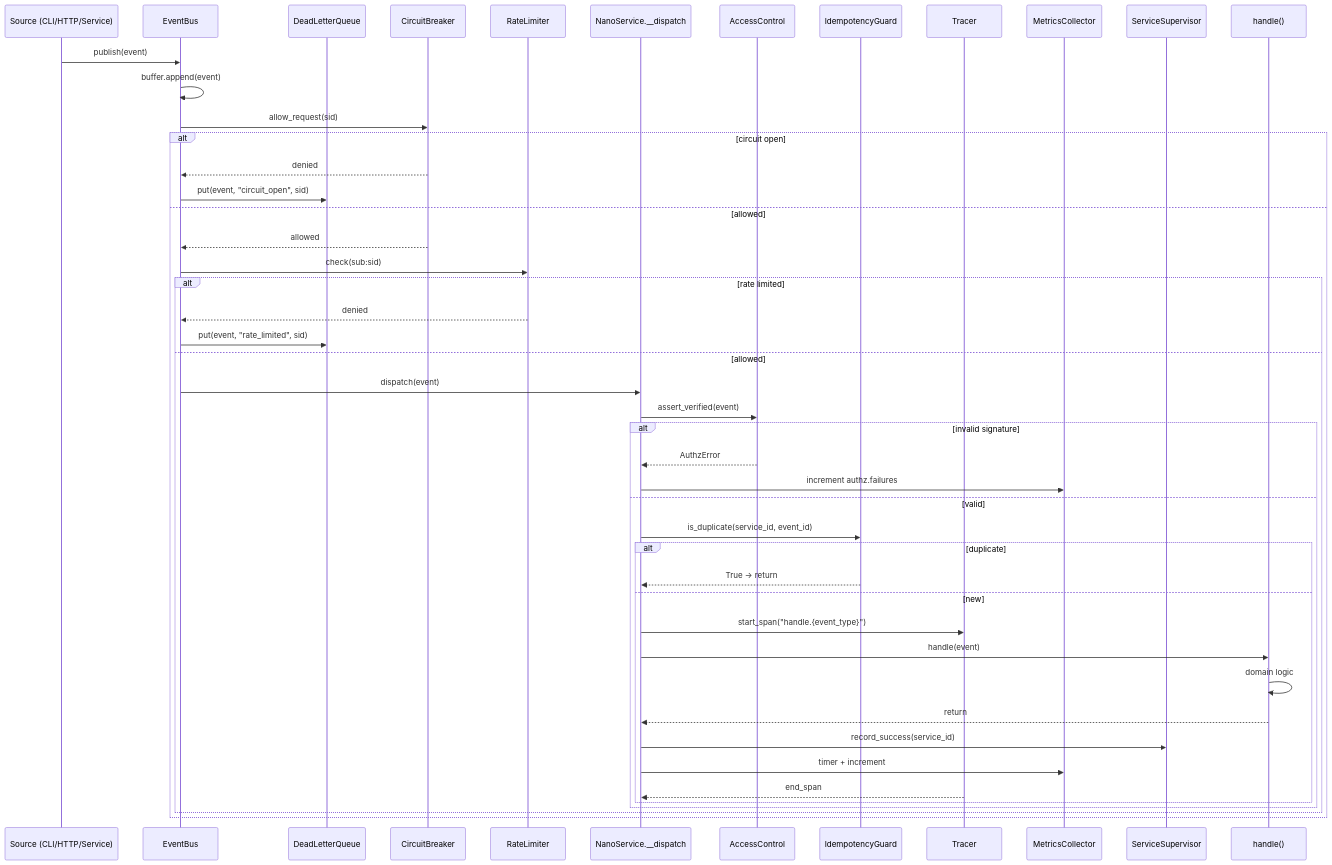
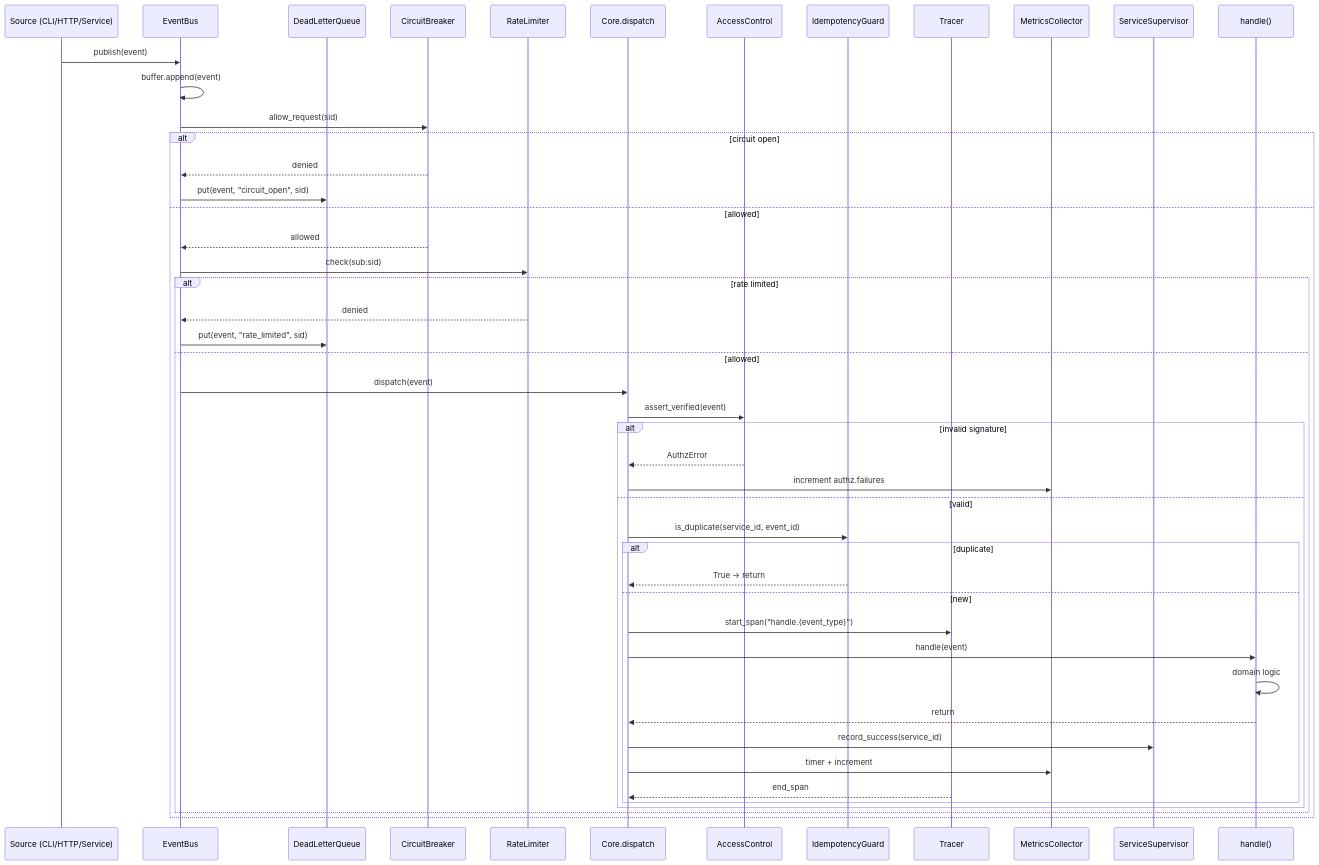
One commit to sachn-cs/unsecured-lending-underwriting changed the second of 7 diagrams in docs/SYSTEM_DESIGN.md. Above: the diagram before and after it, drawn with Mermaid. The commit also changed other lines of this file, not shown here.

````diff
--- a/docs/SYSTEM_DESIGN.md
+++ b/docs/SYSTEM_DESIGN.md
@@ -318,51 +318,51 @@
 ```mermaid
 sequenceDiagram
     participant Src as Source (CLI/HTTP/Service)
     participant Bus as EventBus
     participant DLQ as DeadLetterQueue
     participant CB as CircuitBreaker
     participant RL as RateLimiter
-    participant Sub as NanoService.__dispatch
+    participant Sub as Core.dispatch
     participant Authz as AccessControl
     participant Idem as IdempotencyGuard
     participant Tracer as Tracer
     participant Metrics as MetricsCollector
     participant Sup as ServiceSupervisor
     participant Handler as handle()
 
     Src->>Bus: publish(event)
     Bus->>Bus: buffer.append(event)
 
     Bus->>CB: allow_request(sid)
     alt circuit open
         CB-->>Bus: denied
         Bus->>DLQ: put(event, "circuit_open", sid)
     else allowed
         CB-->>Bus: allowed
         Bus->>RL: check(sub:sid)
         alt rate limited
             RL-->>Bus: denied
             Bus->>DLQ: put(event, "rate_limited", sid)
         else allowed
             Bus->>Sub: dispatch(event)
             Sub->>Authz: assert_verified(event)
             alt invalid signature
                 Authz-->>Sub: AuthzError
                 Sub->>Metrics: increment authz.failures
             else valid
                 Sub->>Idem: is_duplicate(service_id, event_id)
                 alt duplicate
                     Idem-->>Sub: True → return
                 else new
                     Sub->>Tracer: start_span("handle.{event_type}")
                     Sub->>Handler: handle(event)
                     Handler->>Handler: domain logic
                     Handler-->>Sub: return
                     Sub->>Sup: record_success(service_id)
                     Sub->>Metrics: timer + increment
                     Tracer-->>Sub: end_span
                 end
             end
         end
     end
 ```
````
